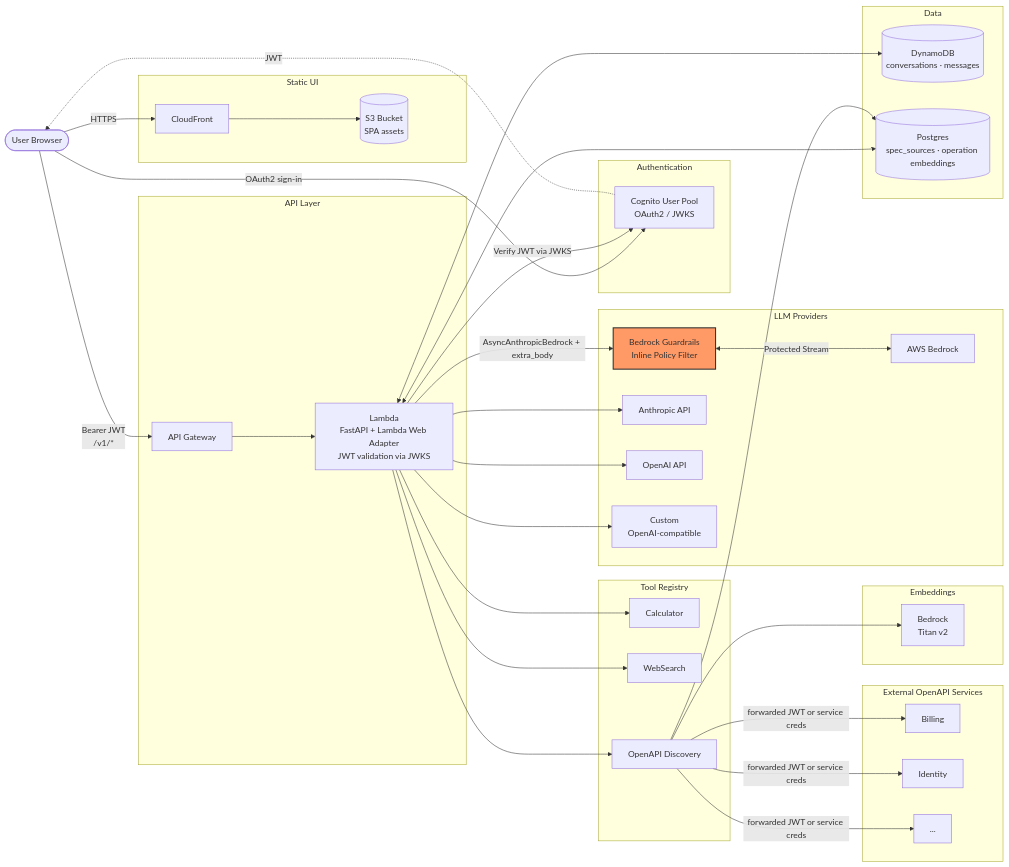
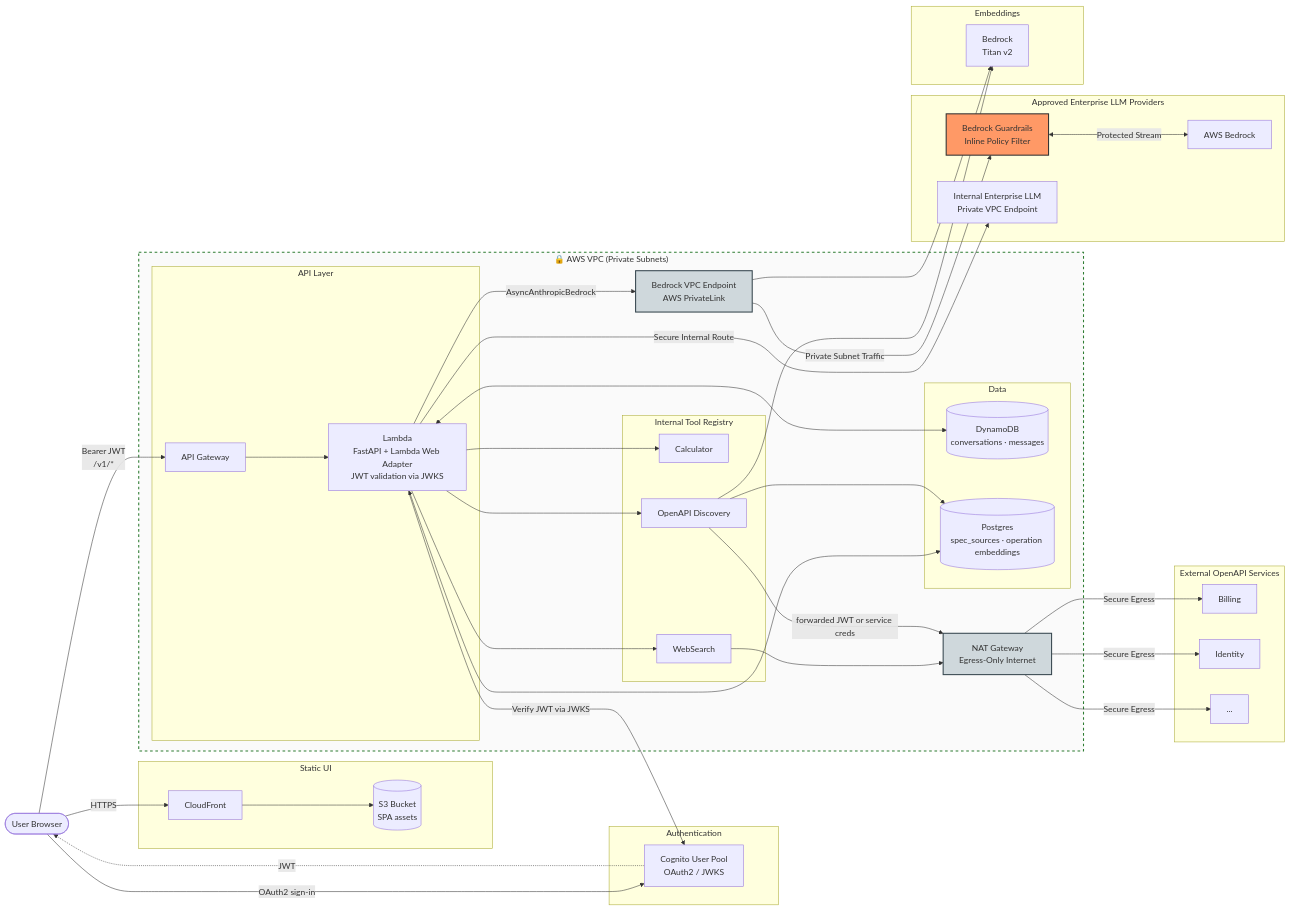
The diagram in README.md (derekvasilich/lambda-chat-agent), drawn with Mermaid before and after one commit.

````diff
--- a/README.md
+++ b/README.md
@@ -17,32 +17,38 @@
         Cognito[Cognito User Pool<br/>OAuth2 / JWKS]
     end
 
-    subgraph API["API Layer"]
-        APIGW[API Gateway]
-        Lambda[Lambda<br/>FastAPI + Lambda Web Adapter<br/>JWT validation via JWKS]
+    %% Parent Secure Perimeter
+    subgraph EnterpriseVPC["🔒 AWS VPC (Private Subnets)"]
+        
+        subgraph API["API Layer"]
+            APIGW[API Gateway]
+            Lambda[Lambda<br/>FastAPI + Lambda Web Adapter<br/>JWT validation via JWKS]
+        end
+
+        subgraph Data["Data"]
+            DDB[(DynamoDB<br/>conversations · messages)]
+            PG[(Postgres<br/>spec_sources · operation embeddings)]
+        end
+
+        subgraph Tools["Internal Tool Registry"]
+            Calc[Calculator]
+            Web[WebSearch]
+            OD[OpenAPI Discovery]
+        end
+        
+        %% Secure Networking Boundaries inside the VPC
+        VPCE[Bedrock VPC Endpoint<br/>AWS PrivateLink]:::network
+        NAT[NAT Gateway<br/>Egress-Only Internet]:::network
     end
 
-    subgraph Data["Data"]
-        DDB[(DynamoDB<br/>conversations · messages)]
-        PG[(Postgres<br/>spec_sources · operation embeddings)]
-    end
-
-    subgraph LLMs["LLM Providers"]
+    subgraph LLMs["Approved Enterprise LLM Providers"]
         Guardrails[Bedrock Guardrails<br/>Inline Policy Filter]
         Bedrock[AWS Bedrock]
-        Anthropic[Anthropic API]
-        OpenAI[OpenAI API]
-        Custom[Custom<br/>OpenAI-compatible]
+        Custom[Internal Enterprise LLM<br/>Private VPC Endpoint]
     end
 
     subgraph Embed["Embeddings"]
         Titan[Bedrock<br/>Titan v2]
-    end
-
-    subgraph Tools["Tool Registry"]
-        Calc[Calculator]
-        Web[WebSearch]
-        OD[OpenAPI Discovery]
     end
 
     subgraph Specs["External OpenAPI Services"]
@@ -51,32 +57,46 @@
         SvcN[...]
     end
 
+    %% Client/Edge Edge Traffic
     User -->|HTTPS| CF
     CF --> S3
     User -->|OAuth2 sign-in| Cognito
     Cognito -. JWT .-> User
     User -->|Bearer JWT<br/>/v1/*| APIGW
     APIGW --> Lambda
+    
+    %% Internal VPC Routing
     Lambda -->|Verify JWT via JWKS| Cognito
     Lambda <--> DDB
     Lambda <--> PG
     
-    %% Updated Routing for Inline Guardrail Protection
-    Lambda -->|AsyncAnthropicBedrock + extra_body| Guardrails
-    Guardrails <-->|Protected Stream| Bedrock
-    
-    Lambda --> Anthropic
-    Lambda --> OpenAI
-    Lambda --> Custom
+    %% Tool Orchestration inside the VPC
     Lambda --> Calc
     Lambda --> Web
     Lambda --> OD
     OD --> PG
     OD --> Titan
-    OD -->|forwarded JWT or service creds| Svc1
-    OD -->|forwarded JWT or service creds| Svc2
-    OD -->|forwarded JWT or service creds| SvcN
 
-    %% Visual Styling Anchor for Security Node
+    %% SECURE OUTBOUND ROUTING THROUGH NETWORK BOUNDARIES
+    %% Bedrock & Embeddings go strictly through the PrivateLink Interface Endpoint
+    Lambda -->|AsyncAnthropicBedrock| VPCE
+    VPCE -->|Private Subnet Traffic| Guardrails
+    Guardrails <-->|Protected Stream| Bedrock
+    VPCE --> Titan
+    
+    %% Internal private model routing bypassing public internet
+    Lambda -->|Secure Internal Route| Custom
+    
+    %% External Internet Outbound API calls route through the NAT Gateway
+    Web --> NAT
+    OD -->|forwarded JWT or service creds| NAT
+    
+    NAT -->|Secure Egress| Svc1
+    NAT -->|Secure Egress| Svc2
+    NAT -->|Secure Egress| SvcN
+
+    %% Styling and Accents
+    classDef network fill:#cfd8dc,stroke:#37474f,stroke-width:2px;
     style Guardrails fill:#f96,stroke:#333,stroke-width:2px;
+    style EnterpriseVPC fill:#fafafa,stroke:#2e7d32,stroke-width:2px,stroke-dasharray: 5 5;
 ```
````
